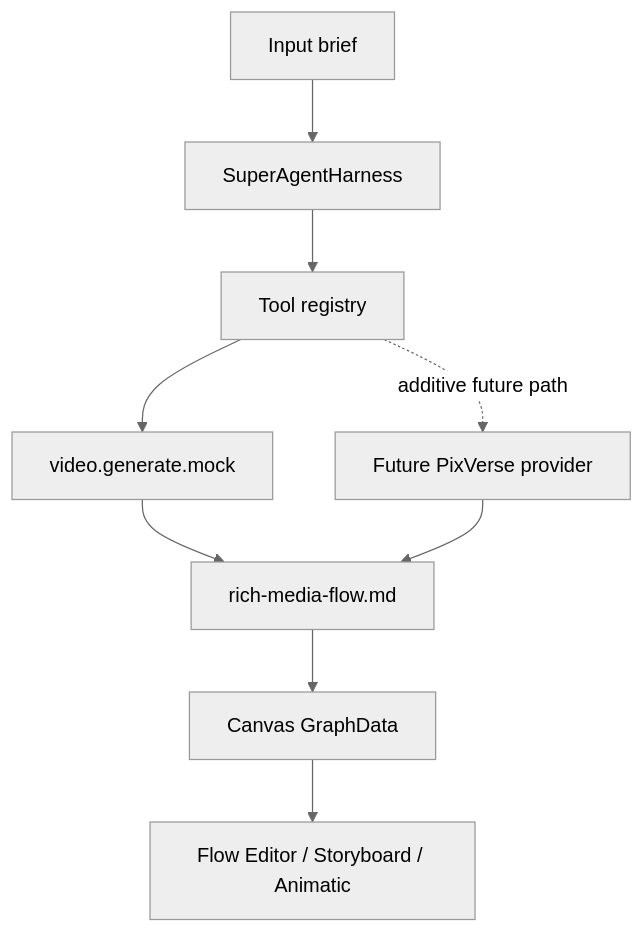
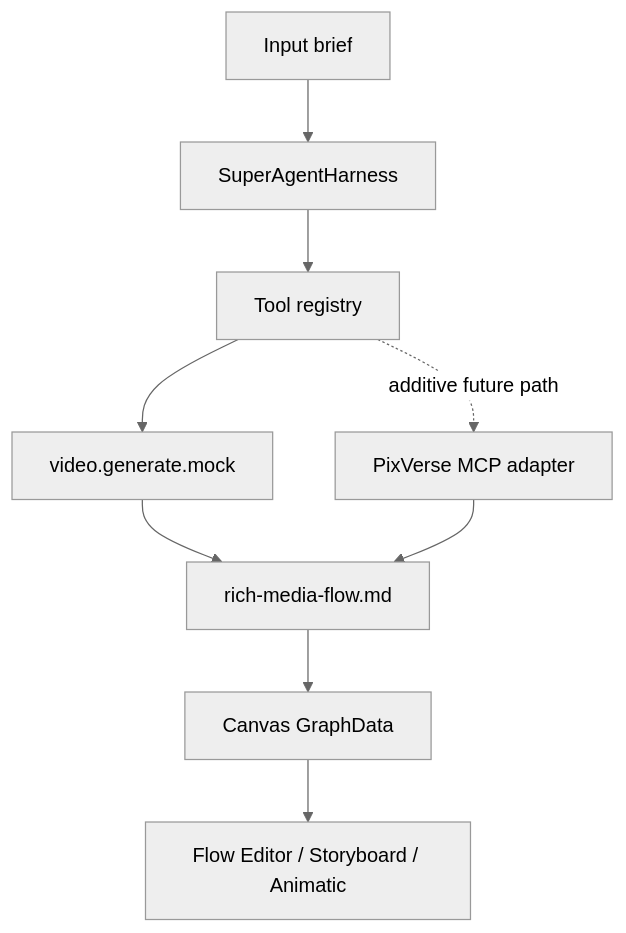
Before and after one commit to huijoohwee/knowgrph: the third of 3 diagrams in docs/documents/knowgrph-pixverse-mcp-prd-tad.md, drawn with Mermaid (neutral theme). The commit also changed other lines of this file and 88 other files, not shown here.

````diff
--- a/docs/documents/knowgrph-pixverse-mcp-prd-tad.md
+++ b/docs/documents/knowgrph-pixverse-mcp-prd-tad.md
@@ -358,18 +349,18 @@
 ```mermaid
 flowchart TB
     BRIEF[Input brief]
     HARNESS[SuperAgentHarness]
     REGISTRY[Tool registry]
     MOCK[video.generate.mock]
-    PIX[Future PixVerse provider]
+    PIX[PixVerse MCP adapter]
     WORKSPACE[rich-media-flow.md]
     GRAPH[Canvas GraphData]
     RENDER[Flow Editor / Storyboard / Animatic]
 
     BRIEF --> HARNESS --> REGISTRY
     REGISTRY --> MOCK
     REGISTRY -. additive future path .-> PIX
     MOCK --> WORKSPACE
     PIX --> WORKSPACE
     WORKSPACE --> GRAPH --> RENDER
 ```
````
